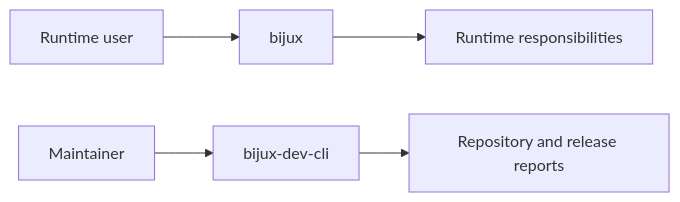
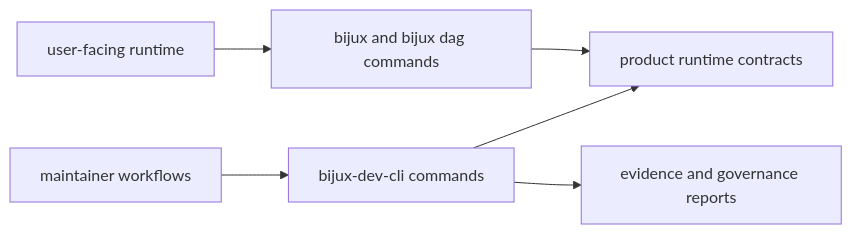
The diagram in docs/bijux-core/architecture/maintainer-control-plane.md (bijux/bijux-cli), drawn with Mermaid before and after one commit. The commit also changed other lines of this file and 4 other files, not shown here.

Commit message:
docs(core): complete architecture contracts state and risk guidance

````diff
--- a/docs/bijux-core/architecture/maintainer-control-plane.md
+++ b/docs/bijux-core/architecture/maintainer-control-plane.md
@@ -7,7 +17,8 @@
 ```mermaid
 flowchart LR
-    User[Runtime user] --> CLI[bijux]
-    Maintainer[Maintainer] --> DEV[bijux-dev-cli]
-    CLI --> Runtime[Runtime responsibilities]
-    DEV --> Reports[Repository and release reports]
+    user[user-facing runtime] --> cli[bijux and bijux dag commands]
+    maintainer[maintainer workflows] --> dev[bijux-dev-cli commands]
+    dev --> reports[evidence and governance reports]
+    cli --> runtime[product runtime contracts]
+    dev --> runtime
 ```
````
